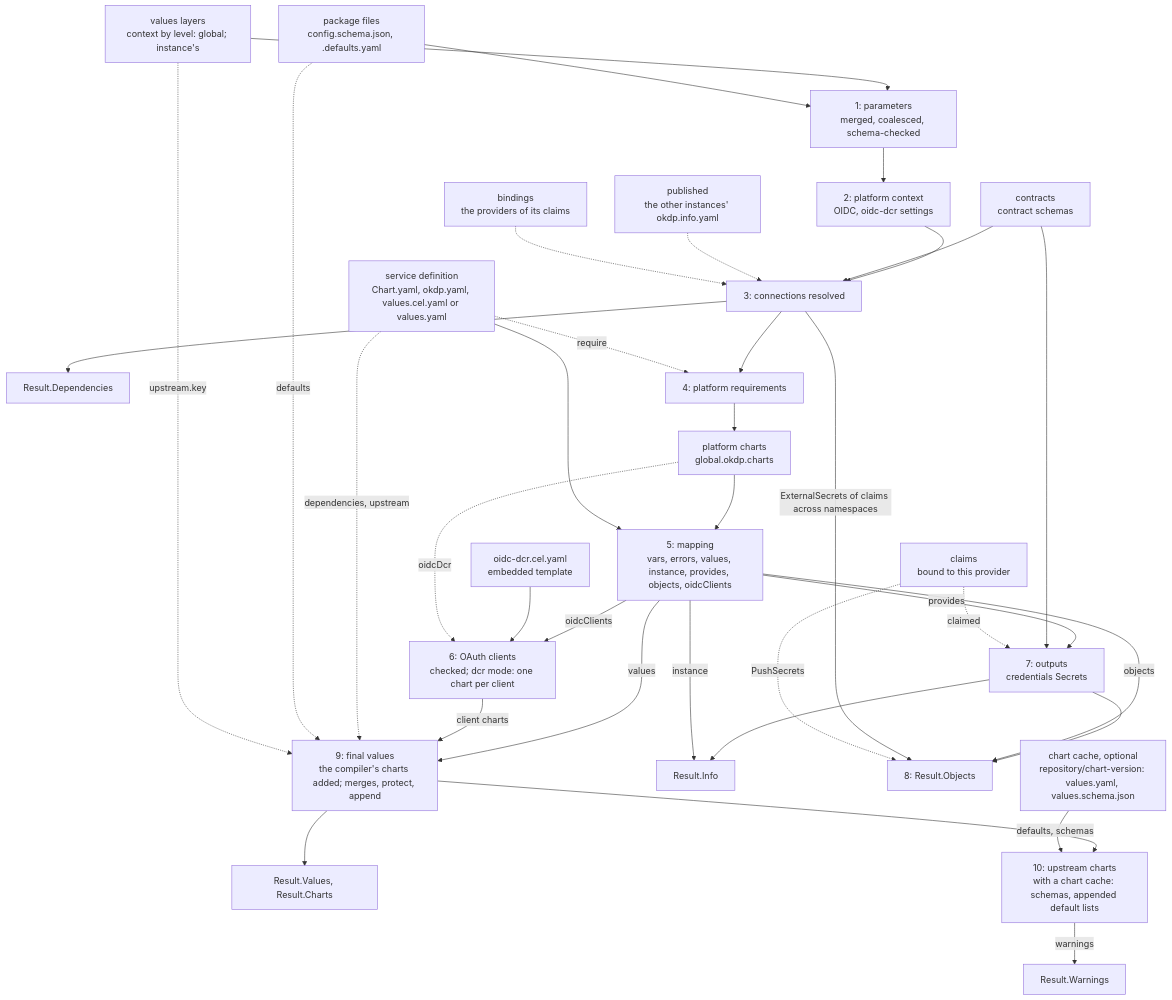
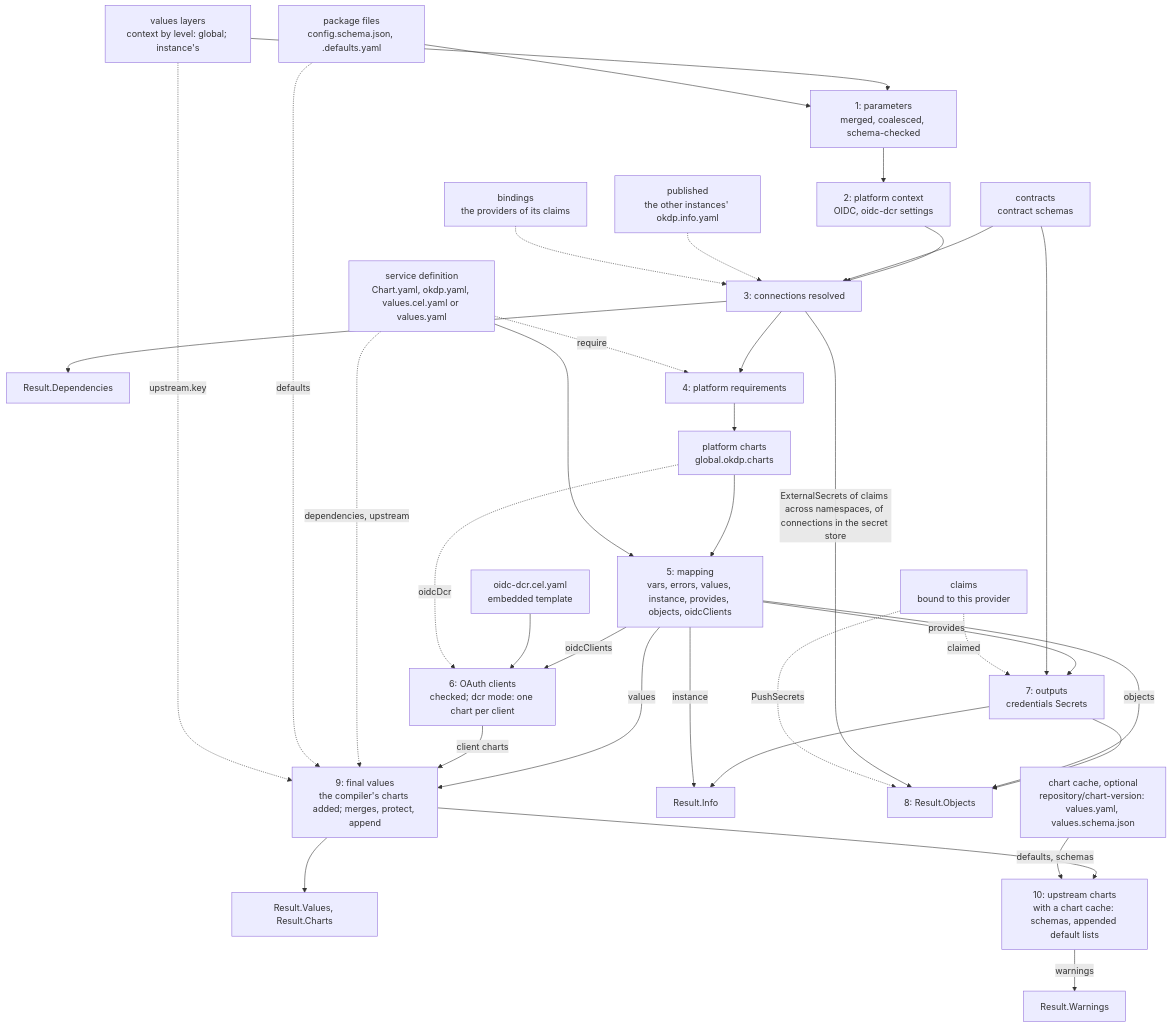
Before and after one commit to OKDP/okdp-compiler: the diagram in docs/00_architecture.md, drawn with Mermaid. The commit also changed other lines of this file and 116 other files, not shown here.

Commit message:
feat!: the release of an instance is <project>-<instance>, a library tree and CompileTree against a ChartSource, the platform's secret store and privileged projects

````diff
--- a/docs/00_architecture.md
+++ b/docs/00_architecture.md
@@ -59,47 +59,47 @@
 ```mermaid
 flowchart TD
   def["service definition<br/>Chart.yaml, okdp.yaml, values.cel.yaml or values.yaml"]
   pkg["package files<br/>config.schema.json, <key>.defaults.yaml"]
   layers["values layers<br/>context by level: global; instance's"]
   contracts["contracts<br/>contract schemas"]
   published["published<br/>the other instances' okdp.info.yaml"]
   bindings["bindings<br/>the providers of its claims"]
   claims["claims<br/>bound to this provider"]
   cache["chart cache, optional<br/>repository/chart-version: values.yaml, values.schema.json"]
   tmpl["oidc-dcr.cel.yaml<br/>embedded template"]
 
   layers --> s1["1: parameters<br/>merged, coalesced, schema-checked"]
   pkg --> s1
   s1 --> s2["2: platform context<br/>OIDC, oidc-dcr settings"]
   s2 --> s3["3: connections resolved"]
   contracts --> s3
   published -.-> s3
   bindings -.-> s3
   s3 --> deps["Result.Dependencies"]
   s3 --> s4["4: platform requirements"]
   def -. "require" .-> s4
   s4 --> pc["platform charts<br/>global.okdp.charts"]
   pc --> s5["5: mapping<br/>vars, errors, values, instance, provides, objects, oidcClients"]
   def --> s5
   s5 -- oidcClients --> s6["6: OAuth clients<br/>checked; dcr mode: one chart per client"]
   tmpl --> s6
   pc -. oidcDcr .-> s6
   s5 -- provides --> s7["7: outputs<br/>credentials Secrets"]
   contracts --> s7
   claims -. "claimed" .-> s7
   s7 --> inst["Result.Info"]
   s5 -- instance --> inst
   s7 --> s8["8: Result.Objects"]
   s5 -- objects --> s8
-  s3 -- "ExternalSecrets of claims across namespaces" --> s8
+  s3 -- "ExternalSecrets of claims across namespaces, of connections in the secret store" --> s8
   claims -. "PushSecrets" .-> s8
   s5 -- values --> s9["9: final values<br/>the compiler's charts added; merges, protect, append"]
   s6 -- "client charts" --> s9
   def -. "dependencies, upstream" .-> s9
   pkg -. defaults .-> s9
   layers -. "upstream.key" .-> s9
   s9 --> vals["Result.Values, Result.Charts"]
   s9 --> s10["10: upstream charts<br/>with a chart cache: schemas, appended default lists"]
   cache -- "defaults, schemas" --> s10
   s10 -- warnings --> warn["Result.Warnings"]
 ```
````
